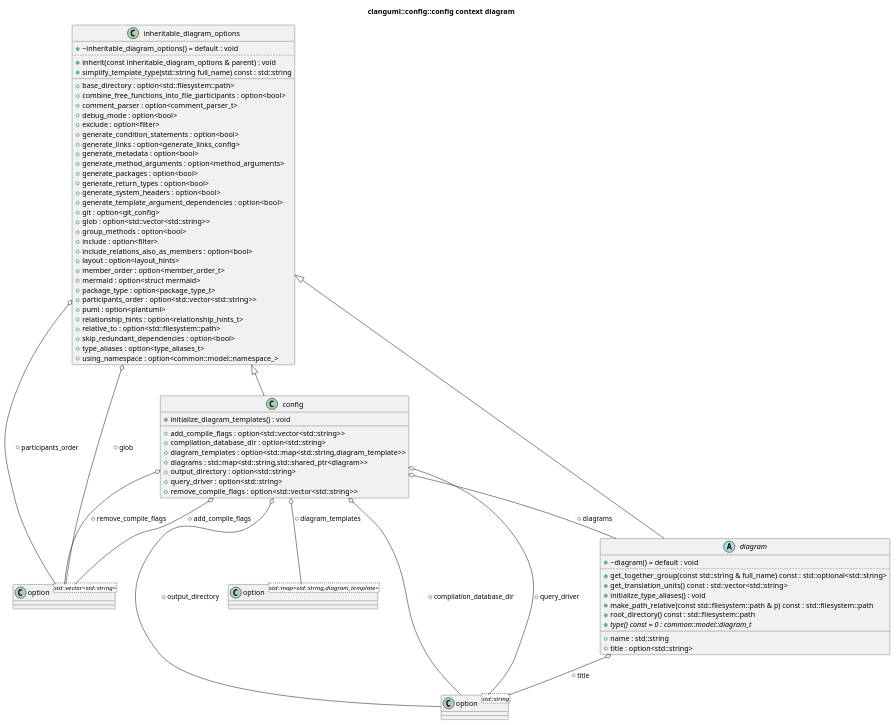
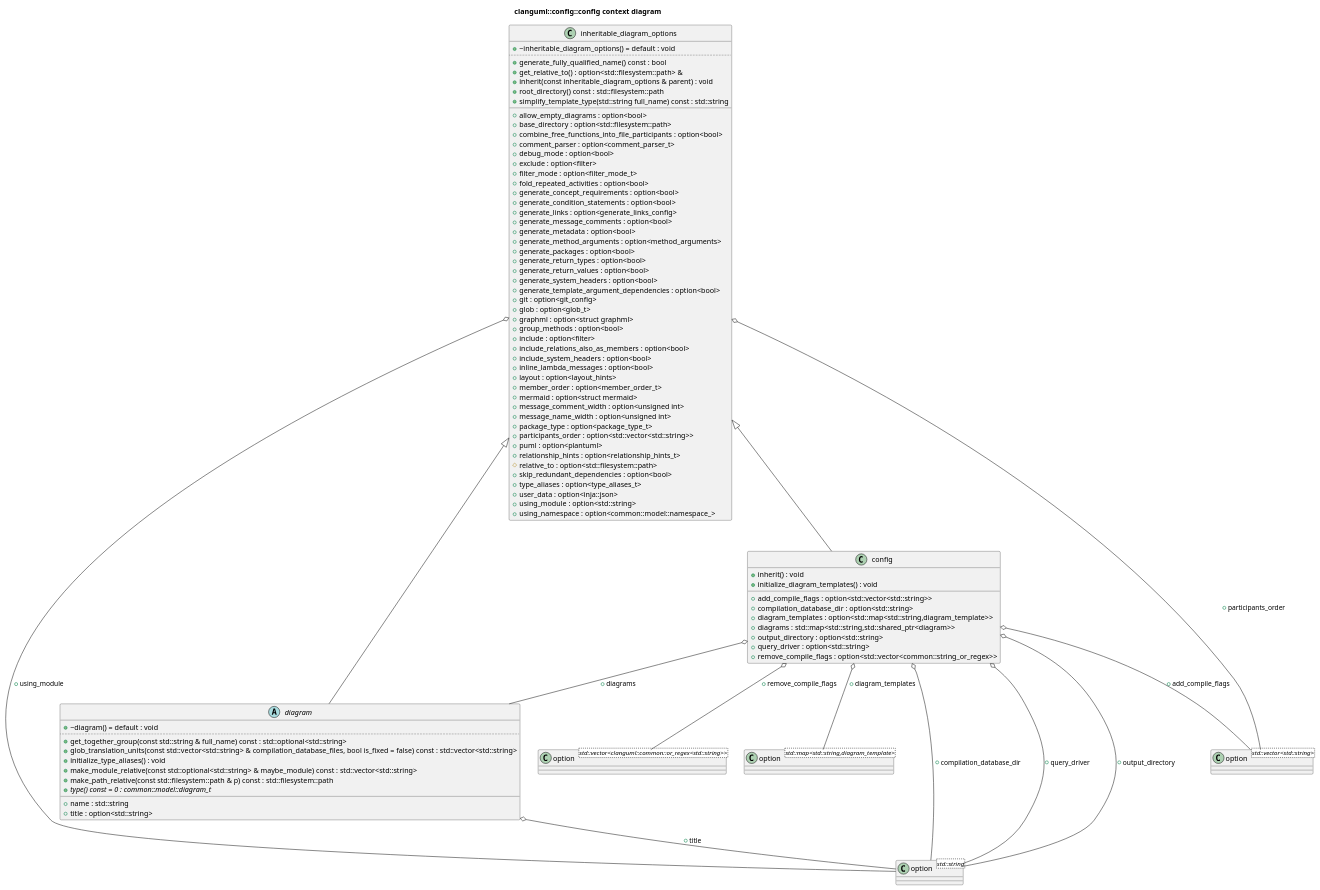
Before and after one commit to bkryza/clang-uml-examples: the diagram in clang-uml/diagrams/config_context_class.puml, drawn with PlantUML. The commit also changed 73 other files, not shown here.

Commit message:
Updated clang-uml diagrams (#2)

```diff
--- a/clang-uml/diagrams/config_context_class.puml
+++ b/clang-uml/diagrams/config_context_class.puml
@@ -1,93 +1,114 @@
 @startuml
 title clanguml::config::config context diagram
-class "option<std::vector<std::string>>" as C_0000911716653182875977
-class C_0000911716653182875977 [[classclanguml_1_1config_1_1option.html{option}]] {
+class "option<std::string>" as C_0005141071769497027029
+class C_0005141071769497027029 [[classclanguml_1_1config_1_1option.html{option}]] {
 __
 }
-class "inheritable_diagram_options" as C_0000120779063265662583
-class C_0000120779063265662583 [[structclanguml_1_1config_1_1inheritable__diagram__options.html{Represents subset of inheritable configuration options}]] {
+class "option<std::vector<std::string>>" as C_0007293733225463007823
+class C_0007293733225463007823 [[classclanguml_1_1config_1_1option.html{option}]] {
+__
+}
+class "inheritable_diagram_options" as C_0000966232506125300666
+class C_0000966232506125300666 [[structclanguml_1_1config_1_1inheritable__diagram__options.html{Represents subset of inheritable configuration options}]] {
 +~inheritable_diagram_options() = default : void [[[{~inheritable_diagram_options}]]]
 ..
++generate_fully_qualified_name() const : bool [[[{Whether the diagram element should be fully qualified in diagram}]]]
++get_relative_to() : option<std::filesystem::path> & [[[{Get reference to `relative_to` diagram config option}]]]
 +inherit(const inheritable_diagram_options & parent) : void [[[{inherit}]]]
++root_directory() const : std::filesystem::path [[[{Returns absolute path of the `relative_to` option}]]]
 +simplify_template_type(std::string full_name) const : std::string [[[{simplify_template_type}]]]
 __
++allow_empty_diagrams : option<bool> [[[{allow_empty_diagrams}]]]
 +base_directory : option<std::filesystem::path> [[[{base_directory}]]]
 +combine_free_functions_into_file_participants : option<bool> [[[{combine_free_functions_into_file_participants}]]]
 +comment_parser : option<comment_parser_t> [[[{comment_parser}]]]
 +debug_mode : option<bool> [[[{debug_mode}]]]
 +exclude : option<filter> [[[{exclude}]]]
++filter_mode : option<filter_mode_t> [[[{filter_mode}]]]
++fold_repeated_activities : option<bool> [[[{fold_repeated_activities}]]]
++generate_concept_requirements : option<bool> [[[{generate_concept_requirements}]]]
 +generate_condition_statements : option<bool> [[[{generate_condition_statements}]]]
 +generate_links : option<generate_links_config> [[[{generate_links}]]]
++generate_message_comments : option<bool> [[[{generate_message_comments}]]]
 +generate_metadata : option<bool> [[[{generate_metadata}]]]
 +generate_method_arguments : option<method_arguments> [[[{generate_method_arguments}]]]
 +generate_packages : option<bool> [[[{generate_packages}]]]
 +generate_return_types : option<bool> [[[{generate_return_types}]]]
++generate_return_values : option<bool> [[[{generate_return_values}]]]
 +generate_system_headers : option<bool> [[[{generate_system_headers}]]]
 +generate_template_argument_dependencies : option<bool> [[[{generate_template_argument_dependencies}]]]
 +git : option<git_config> [[[{git}]]]
-+glob : option<std::vector<std::string>> [[[{glob}]]]
++glob : option<glob_t> [[[{glob}]]]
++graphml : option<struct graphml> [[[{graphml}]]]
 +group_methods : option<bool> [[[{group_methods}]]]
 +include : option<filter> [[[{include}]]]
 +include_relations_also_as_members : option<bool> [[[{include_relations_also_as_members}]]]
++include_system_headers : option<bool> [[[{include_system_headers}]]]
++inline_lambda_messages : option<bool> [[[{inline_lambda_messages}]]]
 +layout : option<layout_hints> [[[{layout}]]]
 +member_order : option<member_order_t> [[[{member_order}]]]
 +mermaid : option<struct mermaid> [[[{mermaid}]]]
++message_comment_width : option<unsigned int> [[[{message_comment_width}]]]
++message_name_width : option<unsigned int> [[[{message_name_width}]]]
 +package_type : option<package_type_t> [[[{package_type}]]]
 +participants_order : option<std::vector<std::string>> [[[{participants_order}]]]
 +puml : option<plantuml> [[[{puml}]]]
 +relationship_hints : option<relationship_hints_t> [[[{relationship_hints}]]]
-+relative_to : option<std::filesystem::path> [[[{relative_to}]]]
+#relative_to : option<std::filesystem::path> [[[{relative_to}]]]
 +skip_redundant_dependencies : option<bool> [[[{skip_redundant_dependencies}]]]
 +type_aliases : option<type_aliases_t> [[[{type_aliases}]]]
++user_data : option<inja::json> [[[{user_data}]]]
++using_module : option<std::string> [[[{using_module}]]]
 +using_namespace : option<common::model::namespace_> [[[{using_namespace}]]]
 }
-class "option<std::string>" as C_0000642633971187128378
-class C_0000642633971187128378 [[classclanguml_1_1config_1_1option.html{option}]] {
-__
-}
-abstract "diagram" as C_0000400244097365422548
-abstract C_0000400244097365422548 [[structclanguml_1_1config_1_1diagram.html{Common diagram configuration type}]] {
+abstract "diagram" as C_0003201952778923380387
+abstract C_0003201952778923380387 [[structclanguml_1_1config_1_1diagram.html{Common diagram configuration type}]] {
 +~diagram() = default : void [[[{~diagram}]]]
 ..
 +get_together_group(const std::string & full_name) const : std::optional<std::string> [[[{get_together_group}]]]
-+get_translation_units() const : std::vector<std::string> [[[{Returns list of translation unit paths}]]]
++glob_translation_units(const std::vector<std::string> & compilation_database_files, bool is_fixed = false) const : std::vector<std::string> [[[{Filter translation units based on glob patterns}]]]
 +initialize_type_aliases() : void [[[{Initialize predefined set of C++ type aliases}]]]
++make_module_relative(const std::optional<std::string> & maybe_module) const : std::vector<std::string> [[[{Make module path relative to `using_module` configuration option}]]]
 +make_path_relative(const std::filesystem::path & p) const : std::filesystem::path [[[{Make path relative to the `relative_to` config option}]]]
-+root_directory() const : std::filesystem::path [[[{Returns absolute path of the `relative_to` option}]]]
 {abstract} +type() const = 0 : common::model::diagram_t [[[{type}]]]
 __
 +name : std::string [[[{name}]]]
 +title : option<std::string> [[[{title}]]]
 }
-class "option<std::map<std::string,diagram_template>>" as C_0001842007538830601285
-class C_0001842007538830601285 [[classclanguml_1_1config_1_1option.html{option}]] {
+class "option<std::vector<clanguml::common::or_regex<std::string>>>" as C_0003538140626756349514
+class C_0003538140626756349514 [[classclanguml_1_1config_1_1option.html{option}]] {
 __
 }
-class "config" as C_0000893743909513410599
-class C_0000893743909513410599 [[structclanguml_1_1config_1_1config.html{Represents entire configuration file}]] {
+class "option<std::map<std::string,diagram_template>>" as C_0014736060310644810284
+class C_0014736060310644810284 [[classclanguml_1_1config_1_1option.html{option}]] {
+__
+}
+class "config" as C_0007149951276107284798
+class C_0007149951276107284798 [[structclanguml_1_1config_1_1config.html{Represents entire configuration file}]] {
++inherit() : void [[[{inherit}]]]
 +initialize_diagram_templates() : void [[[{initialize_diagram_templates}]]]
 __
 +add_compile_flags : option<std::vector<std::string>> [[[{add_compile_flags}]]]
 +compilation_database_dir : option<std::string> [[[{compilation_database_dir}]]]
 +diagram_templates : option<std::map<std::string,diagram_template>> [[[{diagram_templates}]]]
 +diagrams : std::map<std::string,std::shared_ptr<diagram>> [[[{diagrams}]]]
 +output_directory : option<std::string> [[[{output_directory}]]]
 +query_driver : option<std::string> [[[{query_driver}]]]
-+remove_compile_flags : option<std::vector<std::string>> [[[{remove_compile_flags}]]]
++remove_compile_flags : option<std::vector<common::string_or_regex>> [[[{remove_compile_flags}]]]
 }
-C_0000120779063265662583 o-- C_0000911716653182875977 : +glob
-C_0000120779063265662583 o-- C_0000911716653182875977 : +participants_order
-C_0000400244097365422548 o-- C_0000642633971187128378 : +title
-C_0000120779063265662583 <|-- C_0000400244097365422548
-C_0000893743909513410599 o-- C_0000642633971187128378 : +compilation_database_dir
-C_0000893743909513410599 o-- C_0000911716653182875977 : +add_compile_flags
-C_0000893743909513410599 o-- C_0000911716653182875977 : +remove_compile_flags
-C_0000893743909513410599 o-- C_0000642633971187128378 : +query_driver
-C_0000893743909513410599 o-- C_0000642633971187128378 : +output_directory
-C_0000893743909513410599 o-- C_0001842007538830601285 : +diagram_templates
-C_0000893743909513410599 o-- C_0000400244097365422548 : +diagrams
-C_0000120779063265662583 <|-- C_0000893743909513410599
+C_0000966232506125300666 o-- C_0005141071769497027029 [[{using_module}]] : +using_module
+C_0000966232506125300666 o-- C_0007293733225463007823 [[{participants_order}]] : +participants_order
+C_0003201952778923380387 o-- C_0005141071769497027029 [[{title}]] : +title
+C_0000966232506125300666 <|-- C_0003201952778923380387
+C_0007149951276107284798 o-- C_0005141071769497027029 [[{compilation_database_dir}]] : +compilation_database_dir
+C_0007149951276107284798 o-- C_0007293733225463007823 [[{add_compile_flags}]] : +add_compile_flags
+C_0007149951276107284798 o-- C_0003538140626756349514 [[{remove_compile_flags}]] : +remove_compile_flags
+C_0007149951276107284798 o-- C_0005141071769497027029 [[{query_driver}]] : +query_driver
+C_0007149951276107284798 o-- C_0005141071769497027029 [[{output_directory}]] : +output_directory
+C_0007149951276107284798 o-- C_0014736060310644810284 [[{diagram_templates}]] : +diagram_templates
+C_0007149951276107284798 o-- C_0003201952778923380387 [[{diagrams}]] : +diagrams
+C_0000966232506125300666 <|-- C_0007149951276107284798
 
-'Generated with clang-uml, version 0.4.0-7-g8a6b497
-'LLVM version Ubuntu clang version 16.0.6 (++20230710042027+7cbf1a259152-1~exp1~20230710162048.105)
+'Generated with clang-uml, version 0.6.1
+'LLVM version Ubuntu clang version 19.1.1 (1ubuntu1)
 @enduml
```
